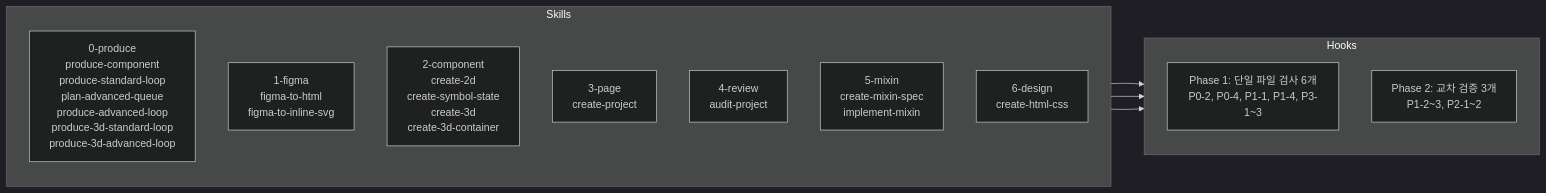
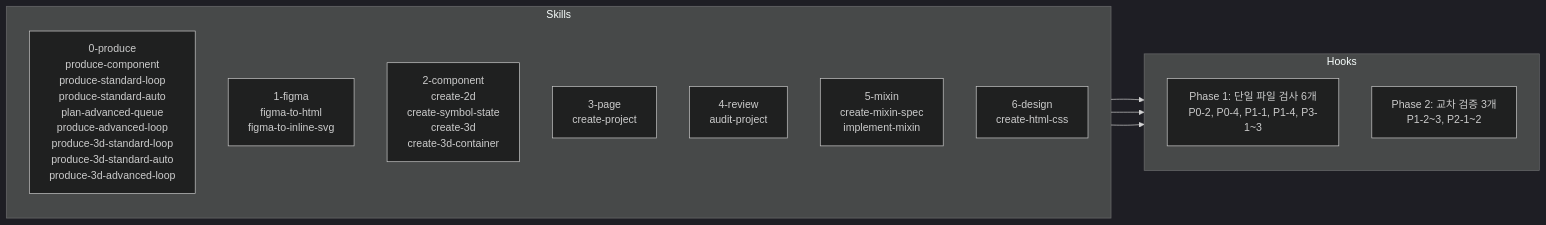
One commit to dysong-lab/WEB_BUILDER_TOOLKIT changed the second of 2 diagrams in CLAUDE.md. Above: the diagram before and after it, drawn with Mermaid (dark theme). The commit also changed other lines of this file and 1 other file, not shown here.

Commit message:
feat: produce-3d-standard-auto 스킬 추가 — 3D Standard 서브에이전트 기반 완전 자동 생산

````diff
--- a/CLAUDE.md
+++ b/CLAUDE.md
@@ -29,23 +29,23 @@
 ```mermaid
 flowchart LR
     subgraph Skills
         direction TB
-        S0[0-produce<br/>produce-component<br/>produce-standard-loop<br/>plan-advanced-queue<br/>produce-advanced-loop<br/>produce-3d-standard-loop<br/>produce-3d-advanced-loop]
+        S0[0-produce<br/>produce-component<br/>produce-standard-loop<br/>produce-standard-auto<br/>plan-advanced-queue<br/>produce-advanced-loop<br/>produce-3d-standard-loop<br/>produce-3d-standard-auto<br/>produce-3d-advanced-loop]
         S1[1-figma<br/>figma-to-html<br/>figma-to-inline-svg]
         S2[2-component<br/>create-2d<br/>create-symbol-state<br/>create-3d<br/>create-3d-container]
         S3[3-page<br/>create-project]
         S4[4-review<br/>audit-project]
         S5[5-mixin<br/>create-mixin-spec<br/>implement-mixin]
         S6[6-design<br/>create-html-css]
     end
 
     subgraph Hooks
         direction TB
         H1[Phase 1: 단일 파일 검사 6개<br/>P0-2, P0-4, P1-1, P1-4, P3-1~3]
         H2[Phase 2: 교차 검증 3개<br/>P1-2~3, P2-1~2]
     end
 
     S2 --> H1
     S2 --> H2
     S3 --> H2
 ```
````
